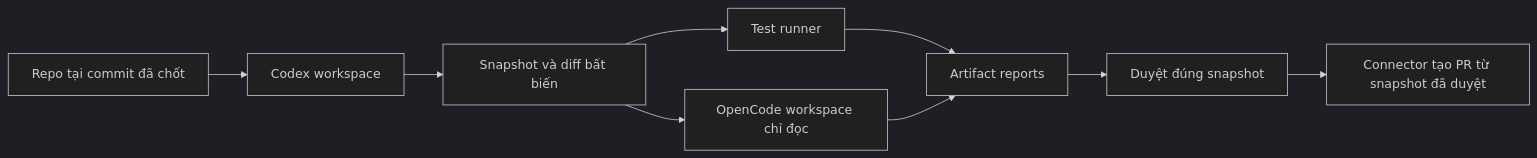
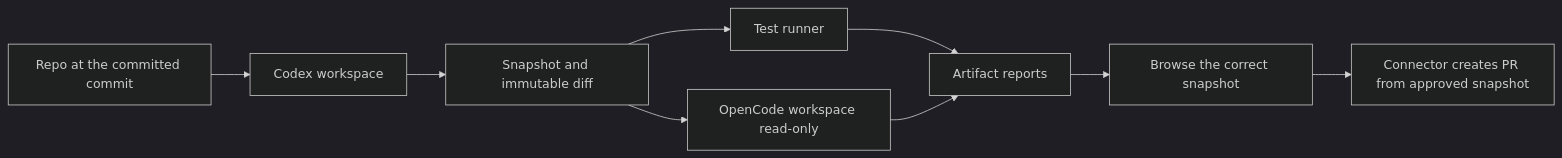
The diagram in docs/agent-integration.md (ndthangit/AgentFlow), drawn with Mermaid (dark theme) before and after one commit. The commit also changed other lines of this file and 39 other files, not shown here.

````diff
--- a/docs/agent-integration.md
+++ b/docs/agent-integration.md
@@ -164,11 +164,11 @@
 ```mermaid
 flowchart LR
-    BASE[Repo tại commit đã chốt] --> CODEX[Codex workspace]
-    CODEX --> SNAP[Snapshot và diff bất biến]
+    BASE[Repo at the committed commit] --> CODEX[Codex workspace]
+    CODEX --> SNAP[Snapshot and immutable diff]
     SNAP --> TEST[Test runner]
-    SNAP --> REVIEW[OpenCode workspace chỉ đọc]
+    SNAP --> REVIEW[OpenCode workspace read-only]
     TEST --> RESULT[Artifact reports]
     REVIEW --> RESULT
-    RESULT --> APPROVE[Duyệt đúng snapshot]
-    APPROVE --> PR[Connector tạo PR từ snapshot đã duyệt]
+    RESULT --> APPROVE[Browse the correct snapshot]
+    APPROVE --> PR[Connector creates PR from approved snapshot]
 ```
````
